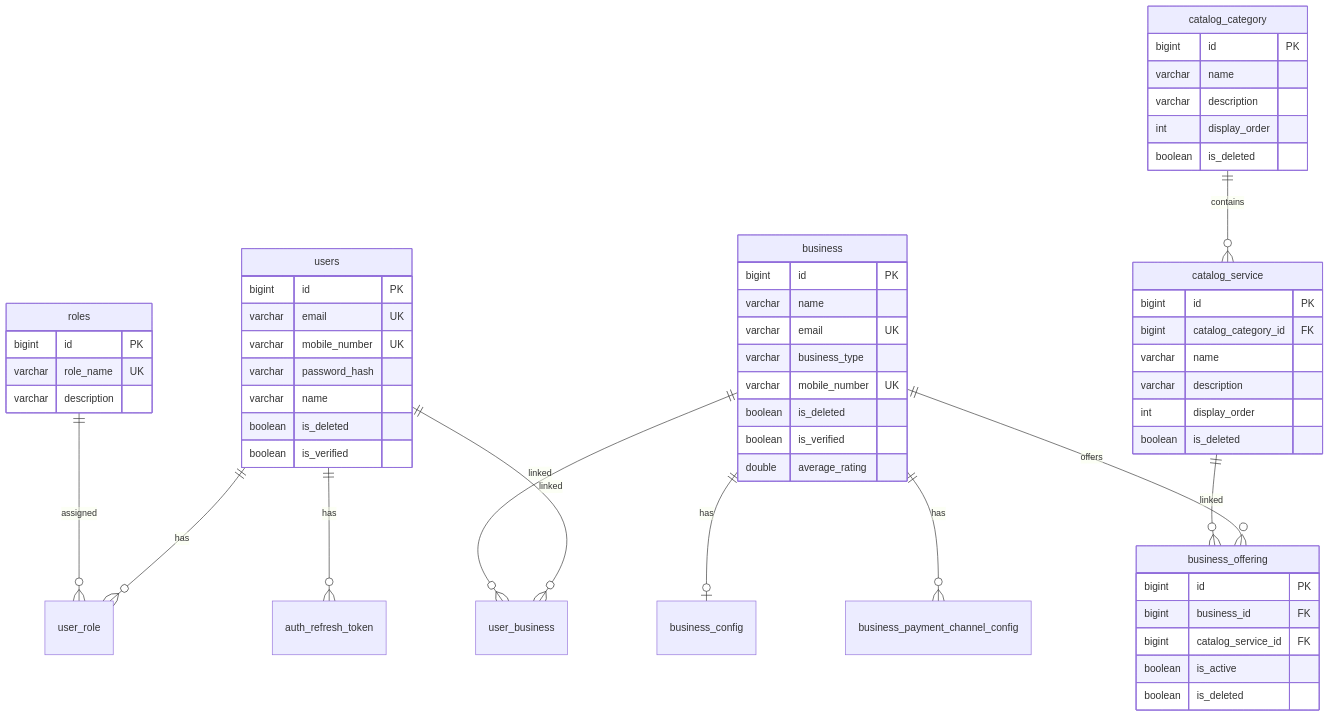
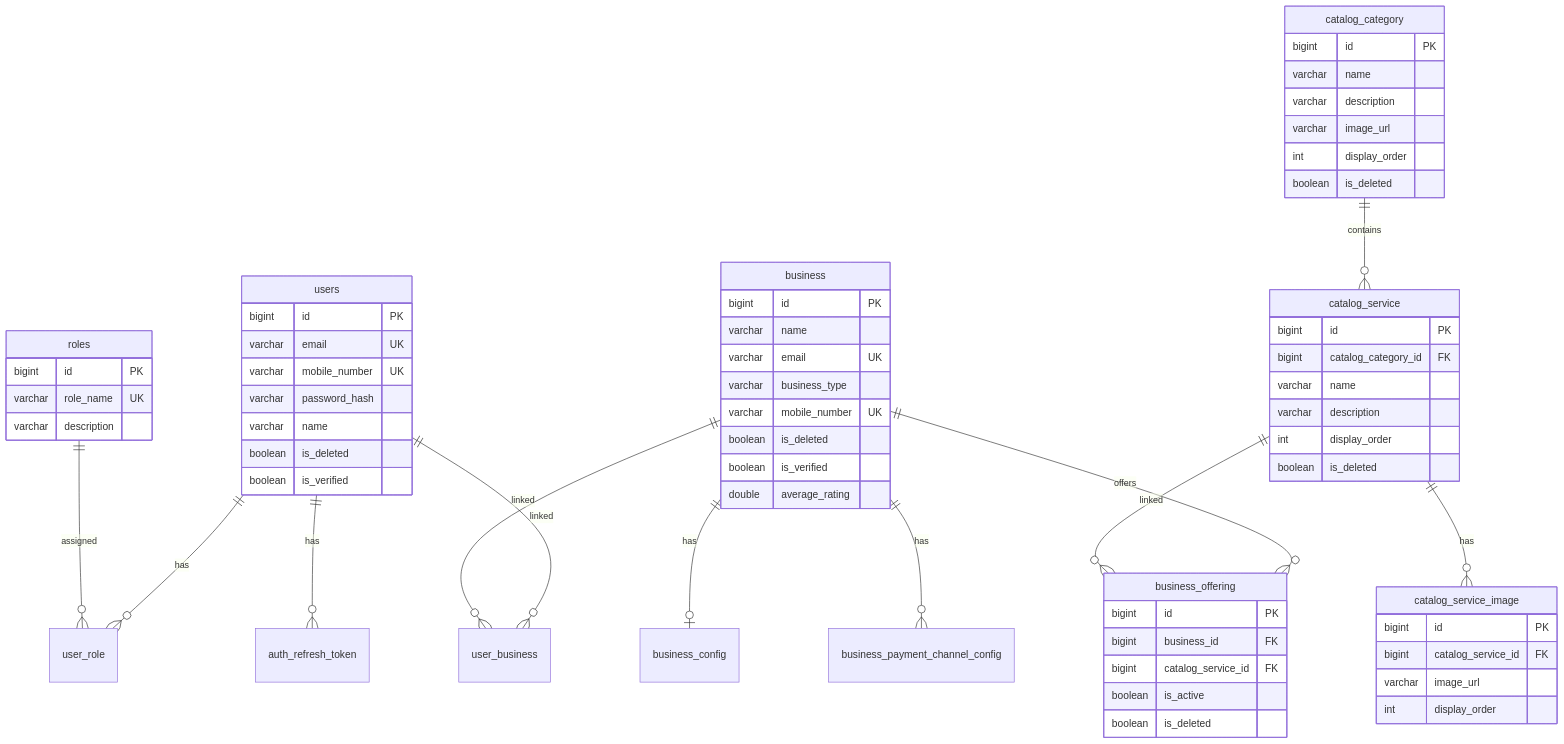
Before and after one commit to runalb/digi-payment-gateway: the diagram in docs/DATABASE.md, drawn with Mermaid. The commit also changed other lines of this file and 20 other files, not shown here.

First line of the commit message:
Add catalog service images support

````diff
--- a/docs/DATABASE.md
+++ b/docs/DATABASE.md
@@ -27,65 +27,74 @@
 ```mermaid
 erDiagram
     users ||--o{ user_role : has
     roles ||--o{ user_role : assigned
     users ||--o{ user_business : linked
     business ||--o{ user_business : linked
     users ||--o{ auth_refresh_token : has
     business ||--o| business_config : has
     business ||--o{ business_payment_channel_config : has
     business ||--o{ business_offering : offers
     catalog_category ||--o{ catalog_service : contains
+    catalog_service ||--o{ catalog_service_image : has
     catalog_service ||--o{ business_offering : linked
 
     users {
         bigint id PK
         varchar email UK
         varchar mobile_number UK
         varchar password_hash
         varchar name
         boolean is_deleted
         boolean is_verified
     }
 
     roles {
         bigint id PK
         varchar role_name UK
         varchar description
     }
 
     business {
         bigint id PK
         varchar name
         varchar email UK
         varchar business_type
         varchar mobile_number UK
         boolean is_deleted
         boolean is_verified
         double average_rating
     }
 
     business_offering {
         bigint id PK
         bigint business_id FK
         bigint catalog_service_id FK
         boolean is_active
         boolean is_deleted
     }
 
     catalog_category {
         bigint id PK
         varchar name
         varchar description
+        varchar image_url
         int display_order
         boolean is_deleted
     }
 
     catalog_service {
         bigint id PK
         bigint catalog_category_id FK
         varchar name
         varchar description
         int display_order
         boolean is_deleted
     }
+
+    catalog_service_image {
+        bigint id PK
+        bigint catalog_service_id FK
+        varchar image_url
+        int display_order
+    }
 ```
````
